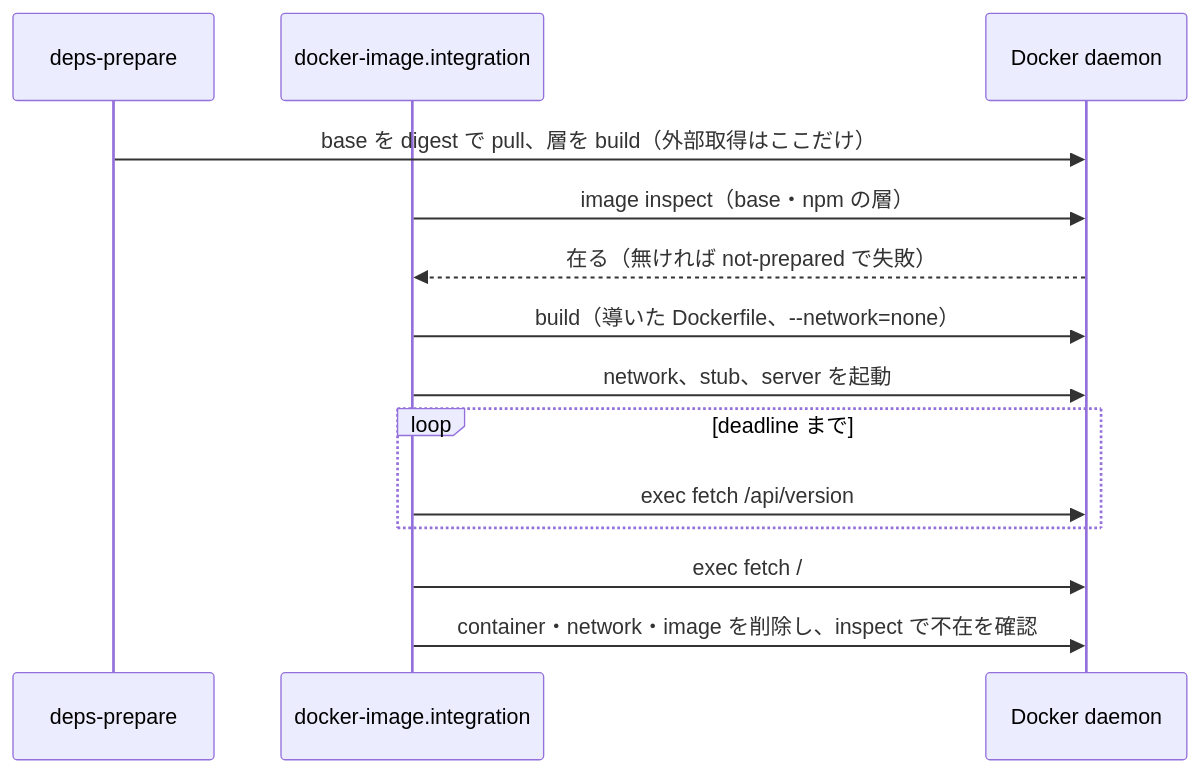
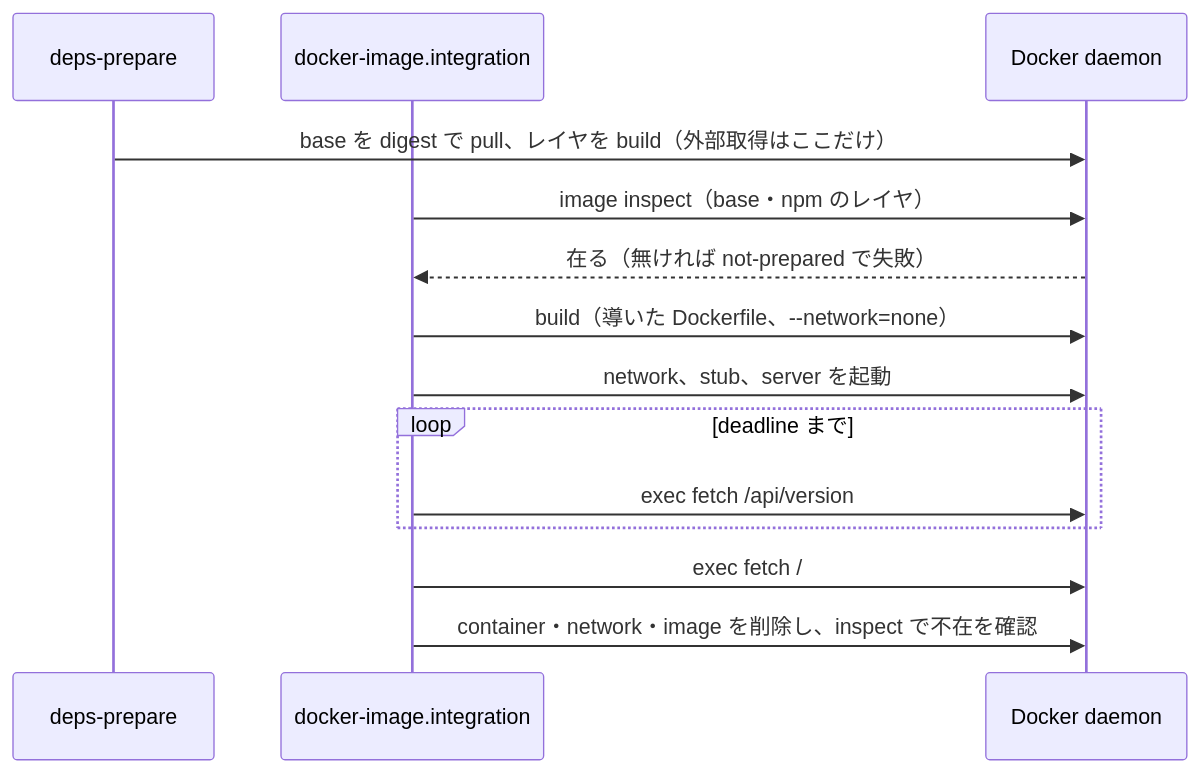
The sixth of 6 diagrams in .kiro/specs/server-application-runtime/design.md (l3tnun/EPGStation), drawn with Mermaid before and after one commit. The commit also changed other lines of this file and 15 other files, not shown here.

````diff
--- a/.kiro/specs/server-application-runtime/design.md
+++ b/.kiro/specs/server-application-runtime/design.md
@@ -1363,16 +1366,16 @@
 ```mermaid
 sequenceDiagram
     participant Pre as deps-prepare
     participant T as docker-image.integration
     participant D as Docker daemon
-    Pre->>D: base を digest で pull、層を build（外部取得はここだけ）
-    T->>D: image inspect（base・npm の層）
+    Pre->>D: base を digest で pull、レイヤを build（外部取得はここだけ）
+    T->>D: image inspect（base・npm のレイヤ）
     D-->>T: 在る（無ければ not-prepared で失敗）
     T->>D: build（導いた Dockerfile、--network=none）
     T->>D: network、stub、server を起動
     loop deadline まで
         T->>D: exec fetch /api/version
     end
     T->>D: exec fetch /
     T->>D: container・network・image を削除し、inspect で不在を確認
 ```
````
